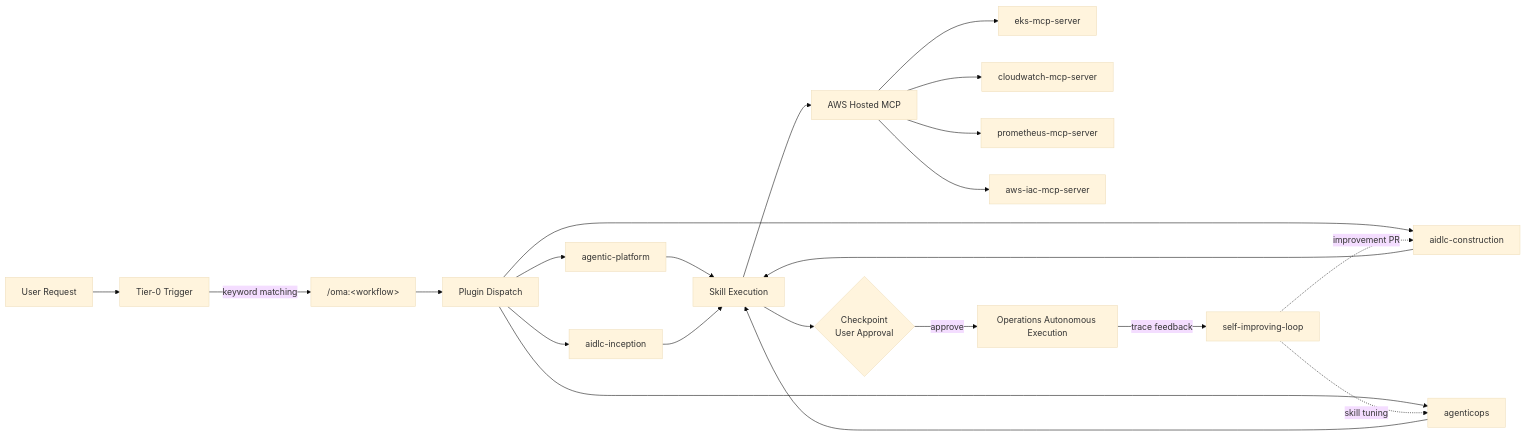
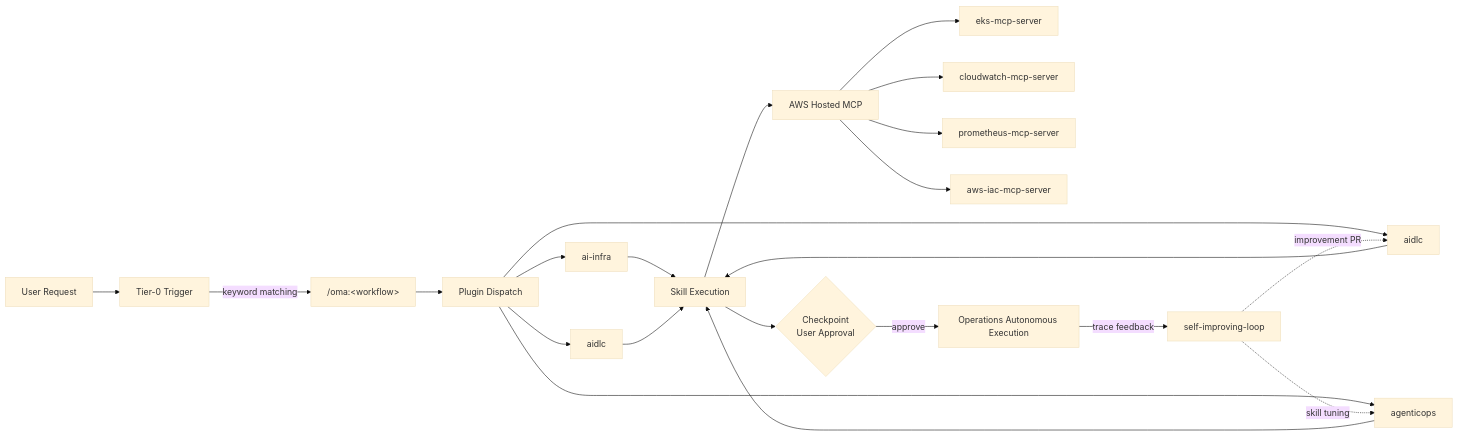
The diagram in docs/i18n/en/docusaurus-plugin-content-docs/current/intro.md (aws-samples/sample-oh-my-aidlcops), drawn with Mermaid (base theme) before and after one commit. The commit also changed other lines of this file and 10 other files, not shown here.

````diff
--- a/docs/i18n/en/docusaurus-plugin-content-docs/current/intro.md
+++ b/docs/i18n/en/docusaurus-plugin-content-docs/current/intro.md
@@ -45,24 +45,24 @@
 ```mermaid
 flowchart LR
     U[User Request] --> T[Tier-0 Trigger]
     T -->|keyword matching| C["/oma:&lt;workflow&gt;"]
     C --> D[Plugin Dispatch]
-    D --> P1[agentic-platform]
+    D --> P1[ai-infra]
     D --> P2[agenticops]
-    D --> P3[aidlc-inception]
-    D --> P4[aidlc-construction]
+    D --> P3[aidlc]
+    D --> P4[aidlc]
     P1 --> S[Skill Execution]
     P2 --> S
     P3 --> S
     P4 --> S
     S --> M[AWS Hosted MCP]
     M --> EKS[eks-mcp-server]
     M --> CW[cloudwatch-mcp-server]
     M --> PR[prometheus-mcp-server]
     M --> IAC[aws-iac-mcp-server]
     S --> CK{Checkpoint<br/>User Approval}
     CK -->|approve| OP[Operations Autonomous Execution]
     OP -->|trace feedback| SI[self-improving-loop]
     SI -.improvement PR.-> P4
     SI -.skill tuning.-> P2
 ```
````
